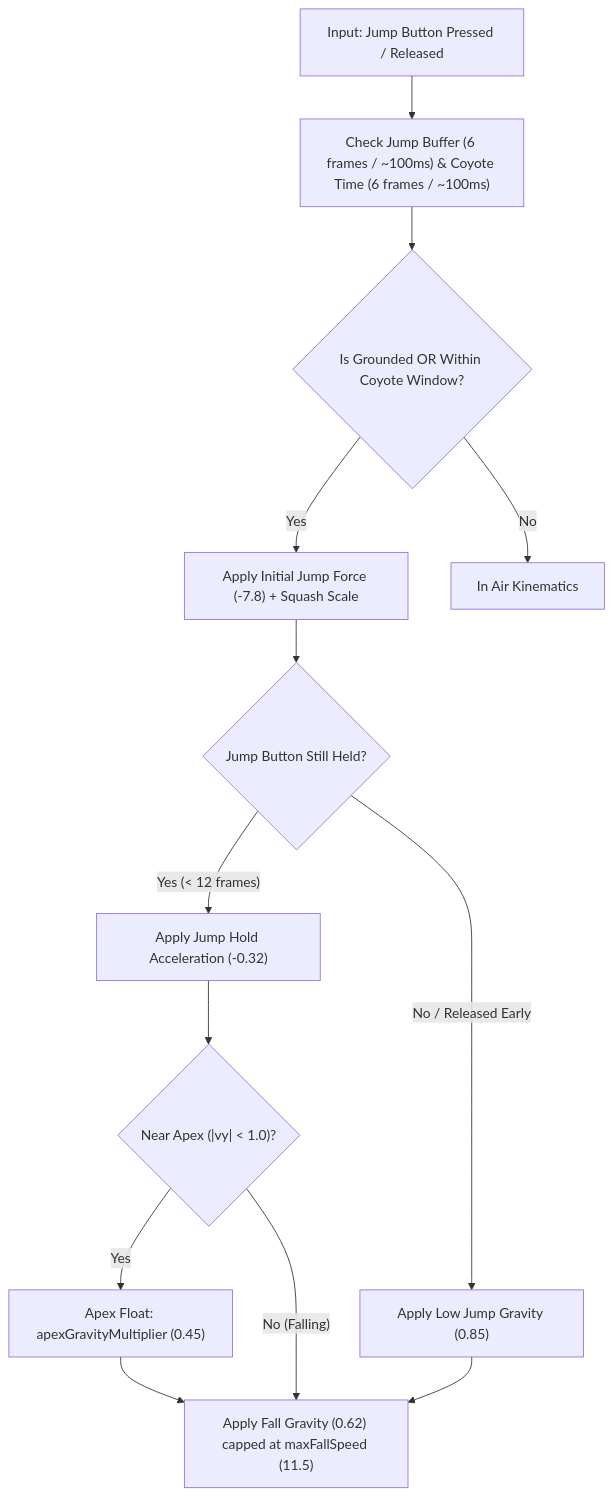
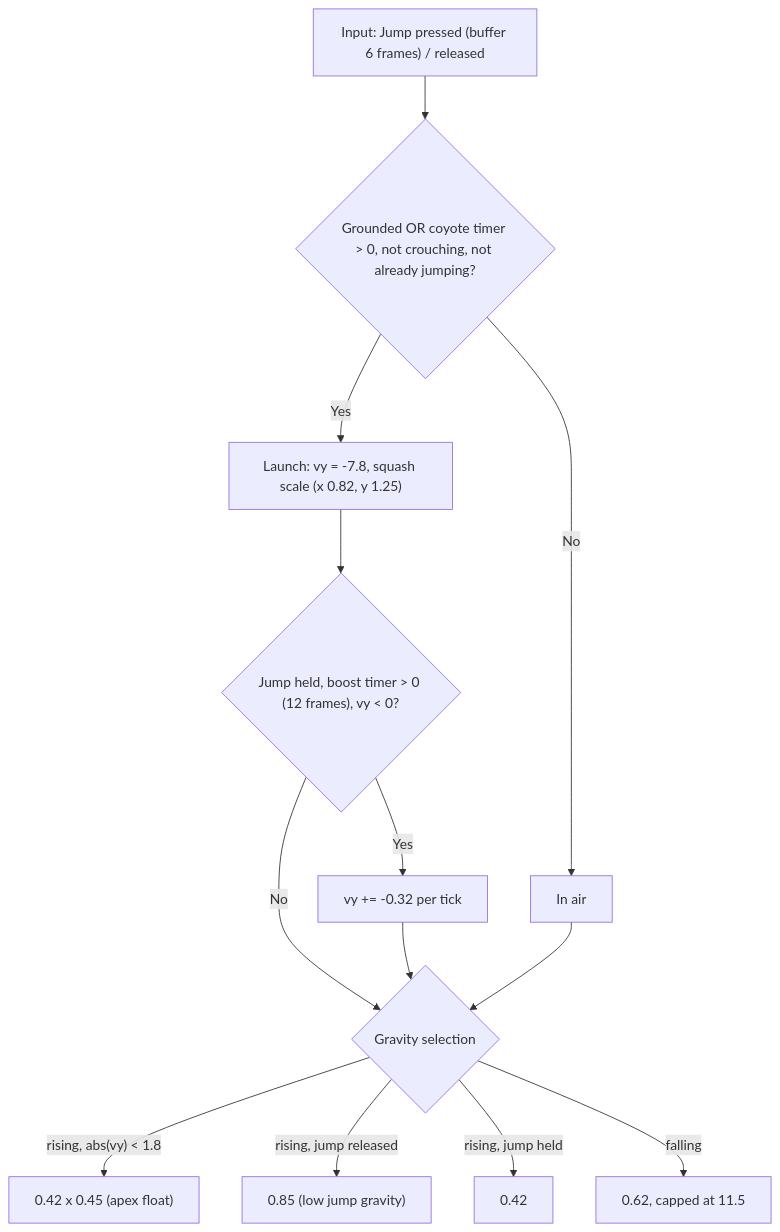
One commit to beoArcha/oXyFlow.VibrantCastle changed the first of 3 diagrams in docs/manifesto/GAMEPLAY.md. Above: the diagram before and after it, drawn with Mermaid. The commit also changed other lines of this file and 8 other files, not shown here.

````diff
--- a/docs/manifesto/GAMEPLAY.md
+++ b/docs/manifesto/GAMEPLAY.md
@@ -20,15 +20,15 @@
 ```mermaid
 graph TD
-    Input["Input: Jump Button Pressed / Released"] --> Buffer["Check Jump Buffer (6 frames / ~100ms) & Coyote Time (6 frames / ~100ms)"]
-    Buffer --> JumpState{"Is Grounded OR Within Coyote Window?"}
-    JumpState -- Yes --> Launch["Apply Initial Jump Force (-7.8) + Squash Scale"]
-    JumpState -- No --> Air["In Air Kinematics"]
-    Launch --> Sustained{"Jump Button Still Held?"}
-    Sustained -- Yes (< 12 frames) --> Boost["Apply Jump Hold Acceleration (-0.32)"]
-    Sustained -- No / Released Early --> LowGrav["Apply Low Jump Gravity (0.85)"]
-    Boost --> Apex{"Near Apex (|vy| < 1.0)?"}
-    Apex -- Yes --> ApexFloat["Apex Float: apexGravityMultiplier (0.45)"]
-    Apex -- No (Falling) --> FallGrav["Apply Fall Gravity (0.62) capped at maxFallSpeed (11.5)"]
-    LowGrav --> FallGrav
-    ApexFloat --> FallGrav
+    Input["Input: Jump pressed (buffer 6 frames) / released"] --> JumpState{"Grounded OR coyote timer > 0, not crouching, not already jumping?"}
+    JumpState -- Yes --> Launch["Launch: vy = -7.8, squash scale (x 0.82, y 1.25)"]
+    JumpState -- No --> Air["In air"]
+    Launch --> Sustained{"Jump held, boost timer > 0 (12 frames), vy < 0?"}
+    Sustained -- Yes --> Boost["vy += -0.32 per tick"]
+    Sustained -- No --> Gravity
+    Boost --> Gravity{"Gravity selection"}
+    Air --> Gravity
+    Gravity -- "rising, abs(vy) < 1.8" --> ApexFloat["0.42 x 0.45 (apex float)"]
+    Gravity -- "rising, jump released" --> LowGrav["0.85 (low jump gravity)"]
+    Gravity -- "rising, jump held" --> BaseGrav["0.42"]
+    Gravity -- "falling" --> FallGrav["0.62, capped at 11.5"]
 ```
````
